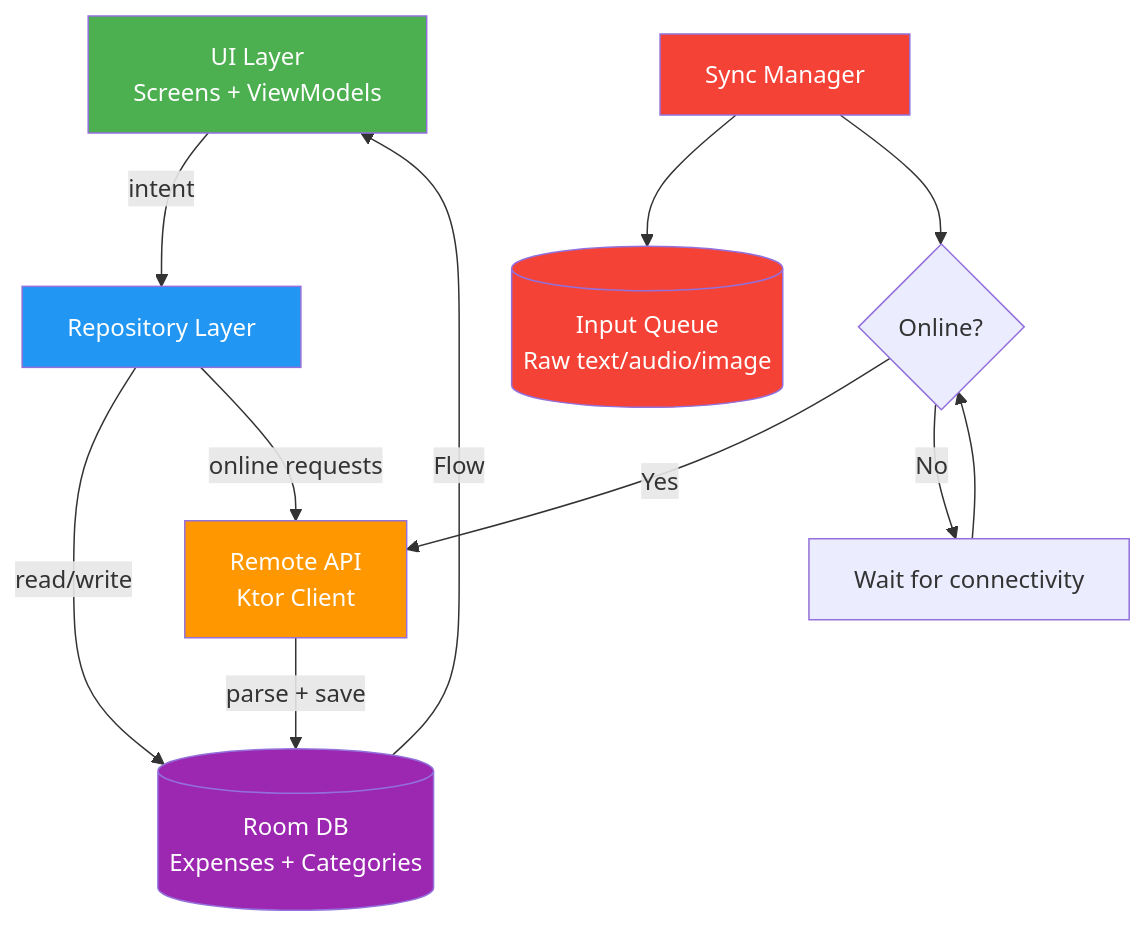
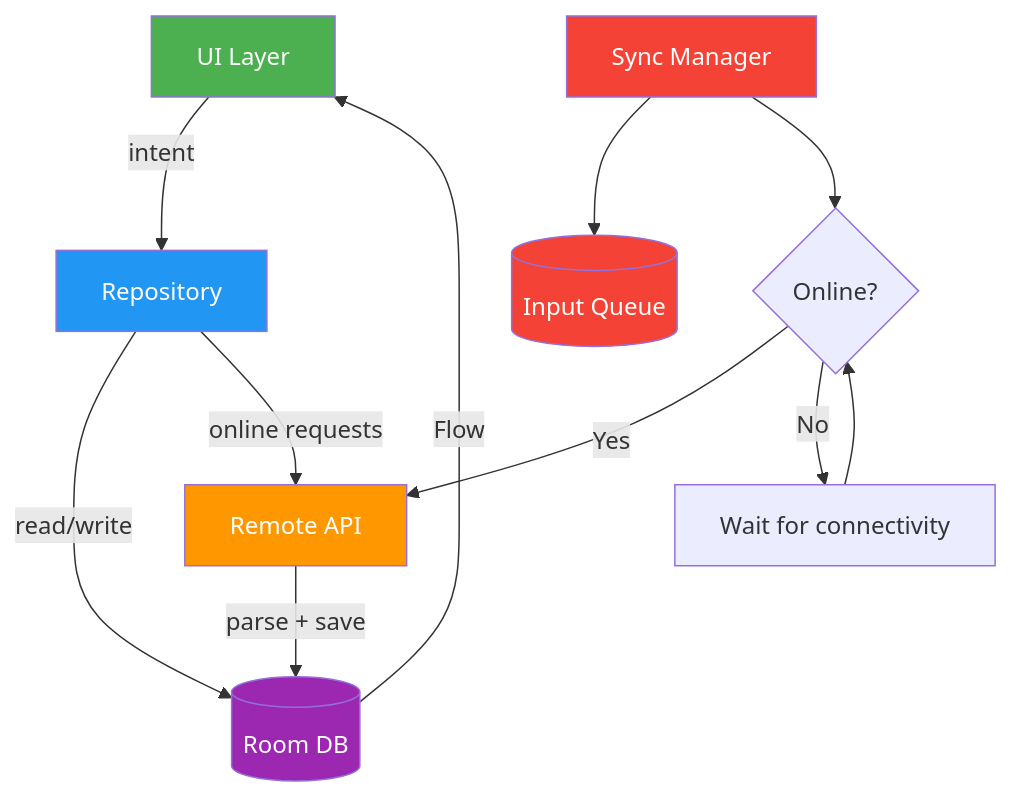
One commit to LStudioO/skilky-money-tracker changed the fourth of 9 diagrams in docs/architecture.md. Above: the diagram before and after it, drawn with Mermaid. The commit also changed other lines of this file and 58 other files, not shown here.

````diff
--- a/docs/architecture.md
+++ b/docs/architecture.md
@@ -154,29 +159,29 @@
 ```mermaid
 flowchart TD
-    UI[UI Layer<br/>Screens + ViewModels]
-    REPO[Repository Layer]
-    ROOM[(Room DB<br/>Expenses + Categories)]
-    API[Remote API<br/>Ktor Client]
+    UI[UI Layer]
+    REPO[Repository]
+    ROOM[(Room DB)]
+    API[Remote API]
     SYNC[Sync Manager]
-    QUEUE[(Input Queue<br/>Raw text/audio/image)]
+    QUEUE[(Input Queue)]
     NET{Online?}
 
     UI -->|intent| REPO
     REPO -->|read/write| ROOM
     REPO -->|online requests| API
     API -->|parse + save| ROOM
     ROOM -->|Flow| UI
 
     SYNC --> QUEUE
     SYNC --> NET
     NET -->|Yes| API
     NET -->|No| WAIT[Wait for connectivity]
     WAIT --> NET
 
     style UI fill:#4CAF50,color:#fff
     style REPO fill:#2196F3,color:#fff
     style ROOM fill:#9C27B0,color:#fff
     style API fill:#FF9800,color:#fff
     style SYNC fill:#F44336,color:#fff
     style QUEUE fill:#F44336,color:#fff
 ```
````
